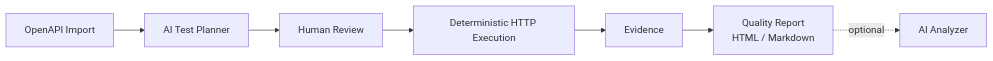
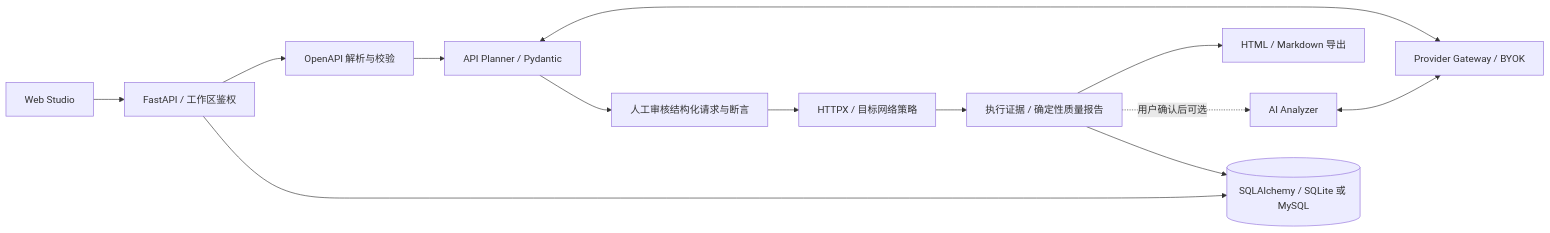
One commit to jayoffans/AutoQA-Agent changed the diagram in README.md. Above: the diagram before and after it, drawn with Mermaid. The commit also changed other lines of this file and 6 other files, not shown here.

```diff
--- a/README.md
+++ b/README.md
@@ -13,9 +13,15 @@
 ~~~mermaid
 flowchart LR
-    A[OpenAPI Import] --> B[AI Test Planner]
-    B --> C[Human Review]
-    C --> D[Deterministic HTTP Execution]
-    D --> E[Evidence]
-    E --> F[Quality Report<br/>HTML / Markdown]
-    F -. optional .-> G[AI Analyzer]
+    UI[Web Studio] --> API[FastAPI / 工作区鉴权]
+    API --> A[OpenAPI 解析与校验]
+    A --> B[API Planner / Pydantic]
+    B <--> GW[Provider Gateway / BYOK]
+    B --> C[人工审核结构化请求与断言]
+    C --> D[HTTPX / 目标网络策略]
+    D --> E[执行证据 / 确定性质量报告]
+    E --> F[HTML / Markdown 导出]
+    E -. 用户确认后可选 .-> G[AI Analyzer]
+    G <--> GW
+    API --> DB[(SQLAlchemy / SQLite 或 MySQL)]
+    E --> DB
 ~~~
```
